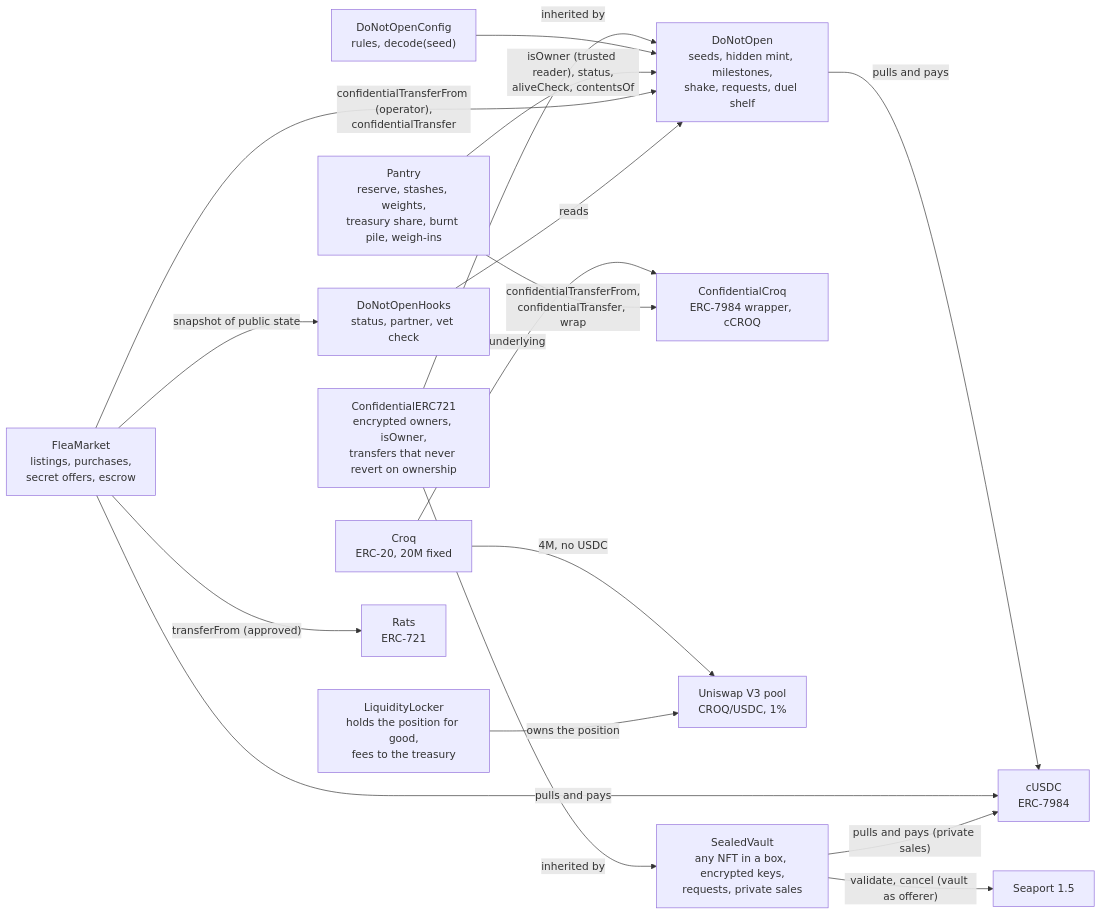
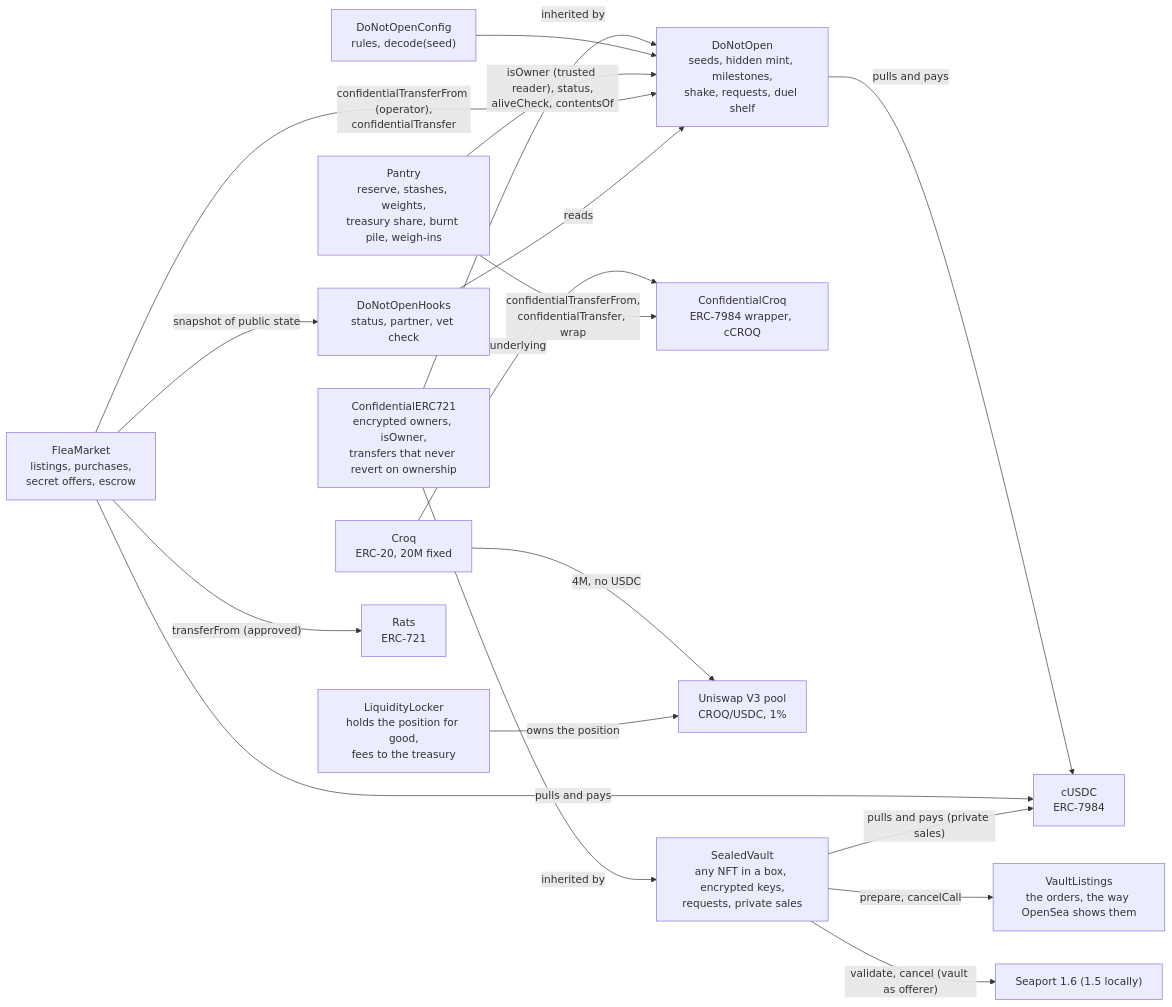
Before and after one commit to jecombe/do_not_open: the third of 6 diagrams in docs/ARCHITECTURE.md, drawn with Mermaid. The commit also changed other lines of this file and 54 other files, not shown here.

Commit message:
Write the vault's Seaport listings through VaultListings the way OpenSea shows them, on Seaport 1.6 with OpenSea's conduit, zone and fees on mainnet, and prove OpenSea's offers fill by replaying one on a fork

````diff
--- a/docs/ARCHITECTURE.md
+++ b/docs/ARCHITECTURE.md
@@ -67,19 +67,20 @@
 ```mermaid
 flowchart LR
   base["ConfidentialERC721<br/>encrypted owners, isOwner,<br/>transfers that never revert on ownership"] -- "inherited by" --> dno
   cfg["DoNotOpenConfig<br/>rules, decode(seed)"] --> dno["DoNotOpen<br/>seeds, hidden mint, milestones,<br/>shake, requests, duel shelf"]
   dno -- "pulls and pays" --> cusdc["cUSDC<br/>ERC-7984"]
   croq["Croq<br/>ERC-20, 20M fixed"] -- "underlying" --> ccroq["ConfidentialCroq<br/>ERC-7984 wrapper, cCROQ"]
   pantry["Pantry<br/>reserve, stashes, weights,<br/>treasury share, burnt pile, weigh-ins"] -- "isOwner (trusted reader), status,<br/>aliveCheck, contentsOf" --> dno
   pantry -- "confidentialTransferFrom,<br/>confidentialTransfer, wrap" --> ccroq
   croq -- "4M, no USDC" --> pool["Uniswap V3 pool<br/>CROQ/USDC, 1%"]
   locker["LiquidityLocker<br/>holds the position for good,<br/>fees to the treasury"] -- "owns the position" --> pool
   flea["FleaMarket<br/>listings, purchases,<br/>secret offers, escrow"] -- "confidentialTransferFrom (operator),<br/>confidentialTransfer" --> dno
   flea -- "snapshot of public state" --> hooks["DoNotOpenHooks<br/>status, partner, vet check"]
   hooks -- "reads" --> dno
   flea -- "transferFrom (approved)" --> rats["Rats<br/>ERC-721"]
   flea -- "pulls and pays" --> cusdc
   base -- "inherited by" --> vault["SealedVault<br/>any NFT in a box, encrypted keys,<br/>requests, private sales"]
-  vault -- "validate, cancel (vault as offerer)" --> seaport["Seaport 1.5"]
+  vault -- "prepare, cancelCall" --> listings["VaultListings<br/>the orders, the way OpenSea shows them"]
+  vault -- "validate, cancel (vault as offerer)" --> seaport["Seaport 1.6 (1.5 locally)"]
   vault -- "pulls and pays (private sales)" --> cusdc
 ```
````
